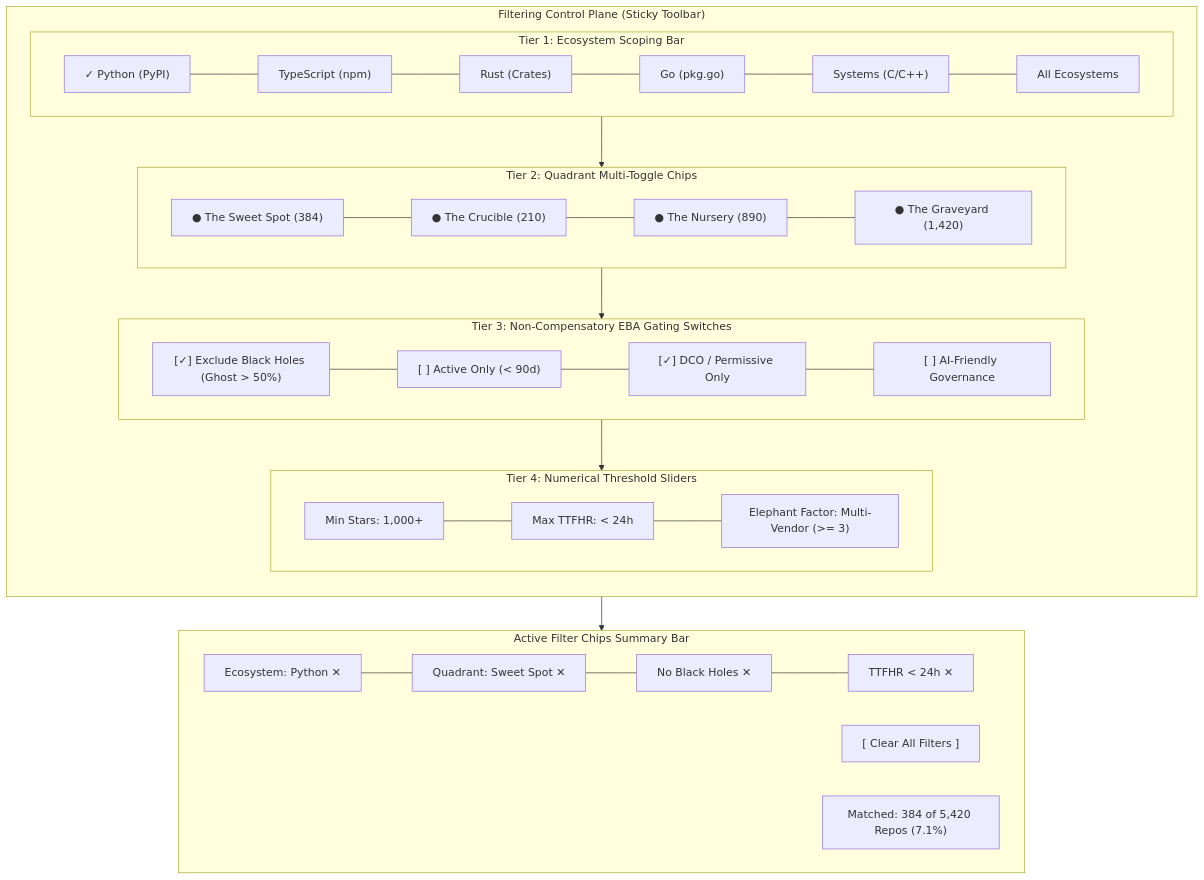
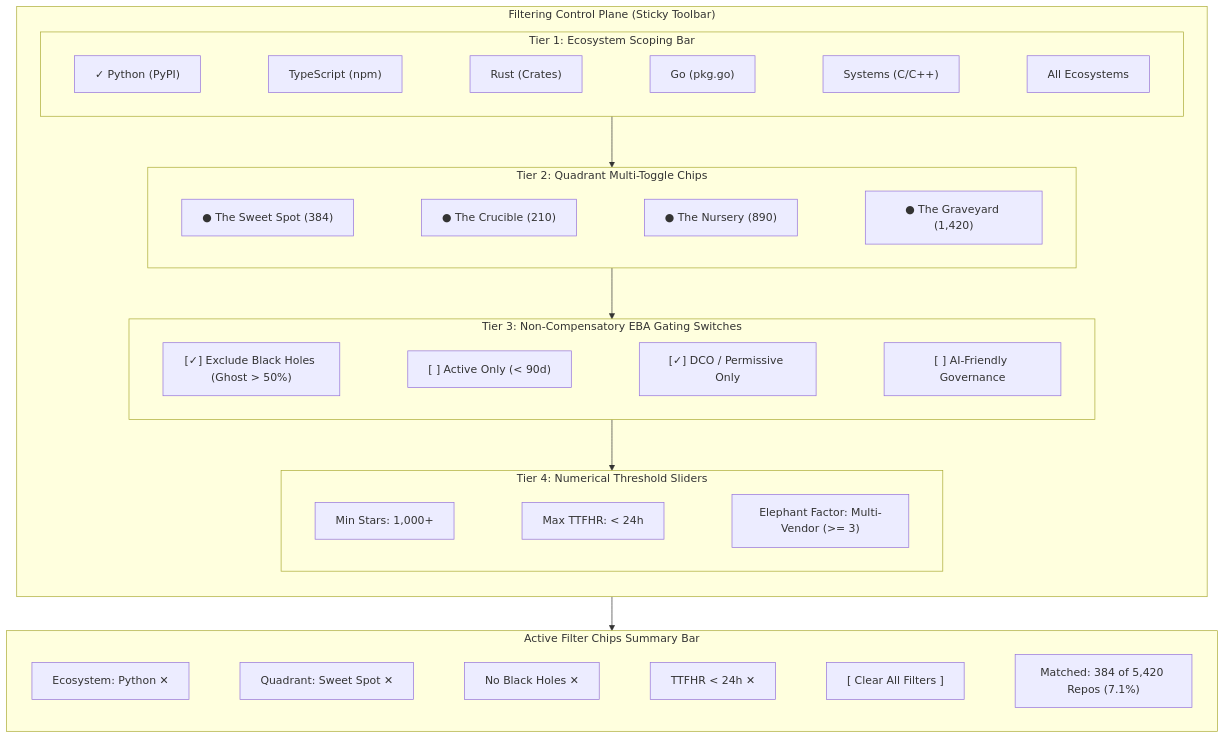
Before and after one commit to pctablet505/porchlamp-engine: diagram 12 of 13 in docs/ARCHITECTURE.md, drawn with Mermaid. The commit also changed other lines of this file and 3 other files, not shown here.

Commit message:
docs: resolve all GFM, KaTeX, and Mermaid rendering issues across architecture and UI specs

````diff
--- a/docs/ARCHITECTURE.md
+++ b/docs/ARCHITECTURE.md
@@ -868,36 +870,34 @@
 ```mermaid
 flowchart TD
     subgraph FilterToolbar ["Filtering Control Plane (Sticky Toolbar)"]
         direction TB
         subgraph Tier1 ["Tier 1: Ecosystem Scoping Bar"]
             direction LR
-            E1["✓ Python (PyPI)"] --- E2["TypeScript (npm)"] --- E3["Rust (Crates)"] --- E4["Go (pkg.go)"] --- E5["Systems (C/C++)"] --- E6["All Ecosystems"]
+            E1["✓ Python (PyPI)"] ~~~ E2["TypeScript (npm)"] ~~~ E3["Rust (Crates)"] ~~~ E4["Go (pkg.go)"] ~~~ E5["Systems (C/C++)"] ~~~ E6["All Ecosystems"]
         end
         
         subgraph Tier2 ["Tier 2: Quadrant Multi-Toggle Chips"]
             direction LR
-            Q1["● The Sweet Spot (384)"] --- Q2["● The Crucible (210)"] --- Q3["● The Nursery (890)"] --- Q4["● The Graveyard (1,420)"]
+            Q1["● The Sweet Spot (384)"] ~~~ Q2["● The Crucible (210)"] ~~~ Q3["● The Nursery (890)"] ~~~ Q4["● The Graveyard (1,420)"]
         end
 
         subgraph Tier3 ["Tier 3: Non-Compensatory EBA Gating Switches"]
             direction LR
-            G1["[✓] Exclude Black Holes (Ghost > 50%)"] --- G2["[ ] Active Only (< 90d)"] --- G3["[✓] DCO / Permissive Only"] --- G4["[ ] AI-Friendly Governance"]
+            G1["[✓] Exclude Black Holes (Ghost > 50%)"] ~~~ G2["[ ] Active Only (< 90d)"] ~~~ G3["[✓] DCO / Permissive Only"] ~~~ G4["[ ] AI-Friendly Governance"]
         end
 
         subgraph Tier4 ["Tier 4: Numerical Threshold Sliders"]
             direction LR
-            S1["Min Stars: 1,000+"] --- S2["Max TTFHR: < 24h"] --- S3["Elephant Factor: Multi-Vendor (>= 3)"]
+            S1["Min Stars: 1,000+"] ~~~ S2["Max TTFHR: < 24h"] ~~~ S3["Elephant Factor: Multi-Vendor (>= 3)"]
         end
 
         Tier1 --> Tier2 --> Tier3 --> Tier4
     end
 
     subgraph FilterSummary ["Active Filter Chips Summary Bar"]
         direction LR
-        Chip1["Ecosystem: Python ✕"] --- Chip2["Quadrant: Sweet Spot ✕"] --- Chip3["No Black Holes ✕"] --- Chip4["TTFHR < 24h ✕"]
-        ClearBtn["[ Clear All Filters ]"]
-        Counter["Matched: 384 of 5,420 Repos (7.1%)"]
+        Chip1["Ecosystem: Python ✕"] ~~~ Chip2["Quadrant: Sweet Spot ✕"] ~~~ Chip3["No Black Holes ✕"] ~~~ Chip4["TTFHR < 24h ✕"] ~~~ ClearBtn["[ Clear All Filters ]"] ~~~ Counter["Matched: 384 of 5,420 Repos (7.1%)"]
     end
 
     FilterToolbar --> FilterSummary
 ```
````
